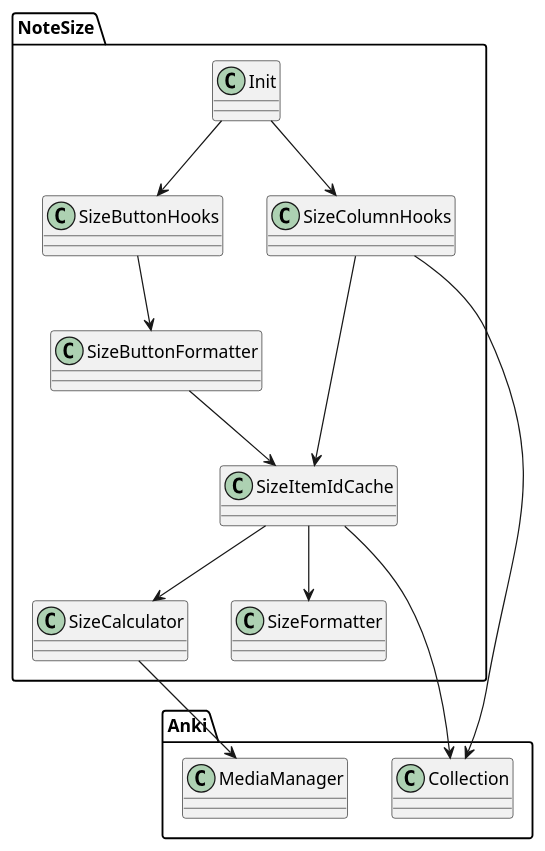
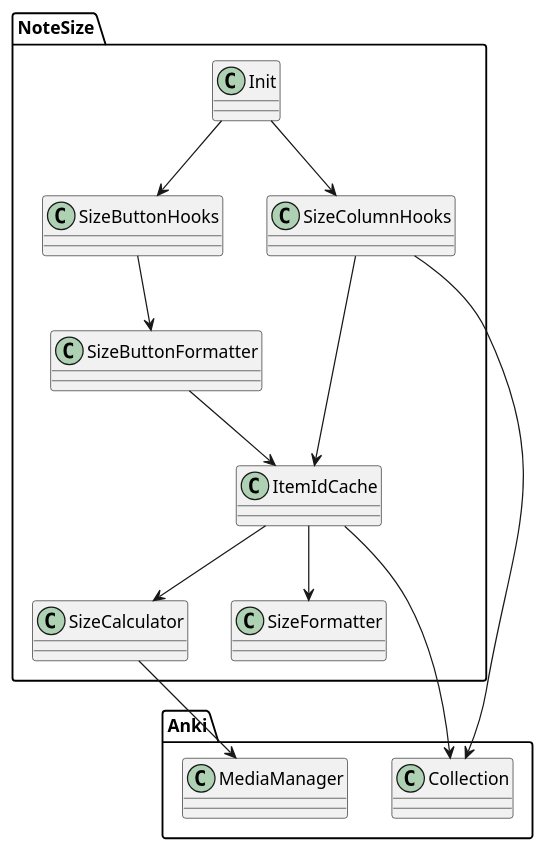
One commit to Aleks-Ya/note-size-anki-addon changed the diagram in docs/class_diagram.puml. Above: the diagram before and after it, drawn with PlantUML. The commit also changed 6 other files, not shown here.

Commit message:
Rename ItemIdCache class

```diff
--- a/docs/class_diagram.puml
+++ b/docs/class_diagram.puml
@@ -1,39 +1,39 @@
 @startuml
 'https://plantuml.com/class-diagram
 
 package Anki {
     class Collection
     class MediaManager
 }
 
 package NoteSize {
     together {
         class SizeButtonHooks
         class SizeColumnHooks
     }
     class SizeButtonFormatter
     class SizeCalculator
     class SizeFormatter
-    class SizeItemIdCache
+    class ItemIdCache
     class Init
 }
 
 Init --> SizeColumnHooks
 Init --> SizeButtonHooks
 
 
-SizeButtonFormatter --> SizeItemIdCache
+SizeButtonFormatter --> ItemIdCache
 
 SizeButtonHooks --> SizeButtonFormatter
 
 SizeCalculator --> MediaManager
 
 SizeColumnHooks --> Collection
-SizeColumnHooks --> SizeItemIdCache
+SizeColumnHooks --> ItemIdCache
 
-SizeItemIdCache --> Collection
-SizeItemIdCache --> SizeCalculator
-SizeItemIdCache --> SizeFormatter
+ItemIdCache --> Collection
+ItemIdCache --> SizeCalculator
+ItemIdCache --> SizeFormatter
 
 
 @enduml
```
